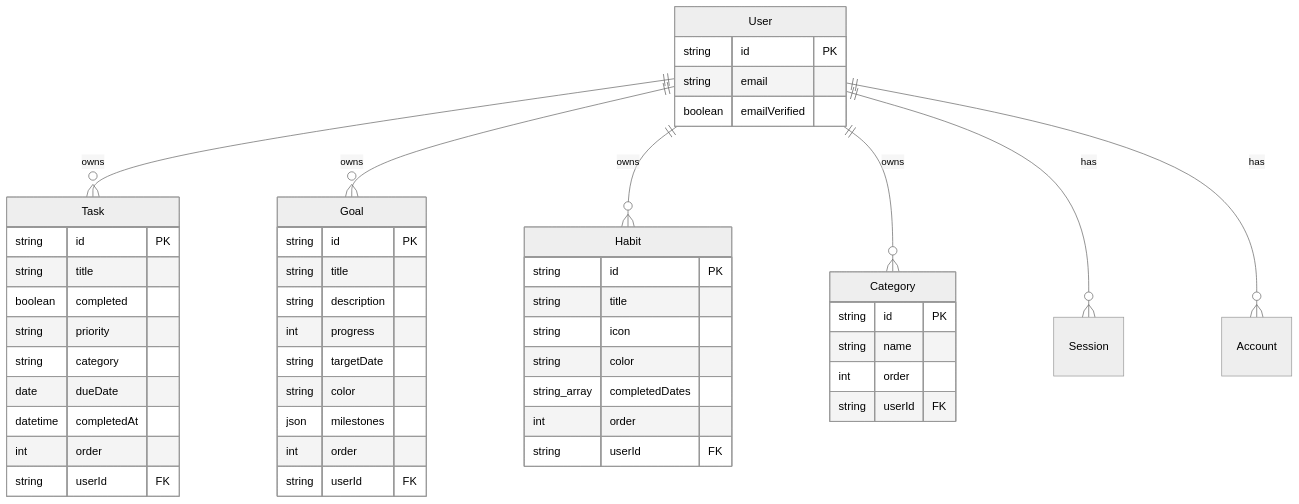
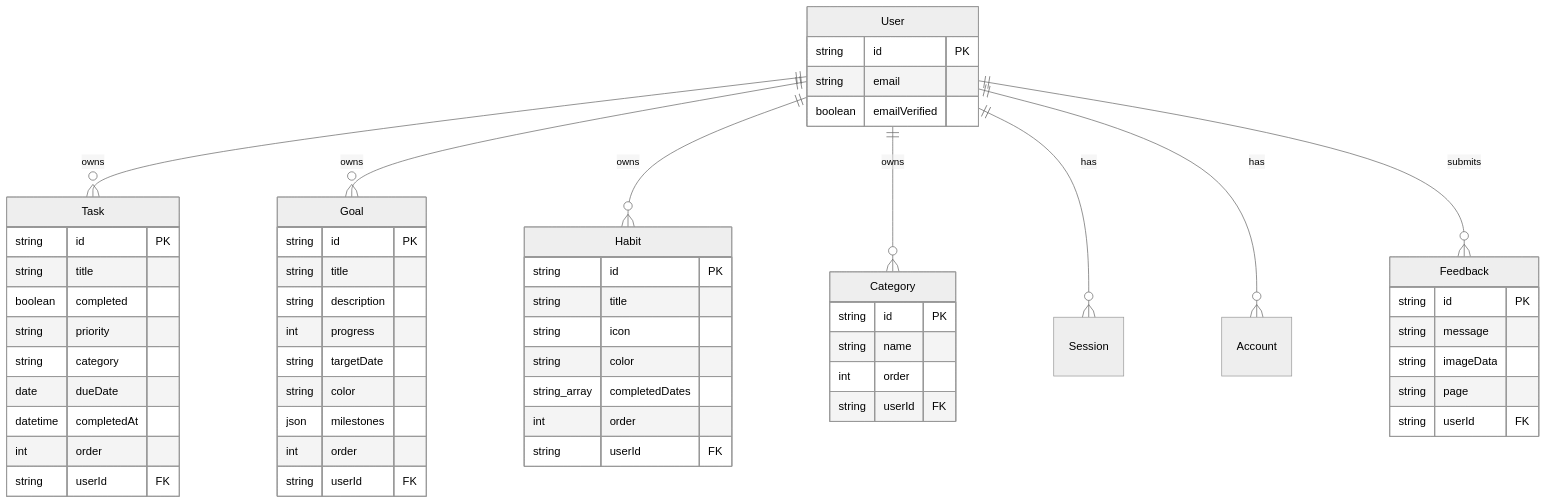
One commit to Elf1movv/TaskTrackerNew changed the diagram in docs/ARCHITECTURE.md. Above: the diagram before and after it, drawn with Mermaid (neutral theme). The commit also changed other lines of this file and 33 other files, not shown here.

````diff
--- a/docs/ARCHITECTURE.md
+++ b/docs/ARCHITECTURE.md
@@ -229,51 +229,59 @@
 ```mermaid
 erDiagram
     User ||--o{ Task : owns
     User ||--o{ Goal : owns
     User ||--o{ Habit : owns
     User ||--o{ Category : owns
     User ||--o{ Session : has
     User ||--o{ Account : has
+    User ||--o{ Feedback : submits
     Task {
         string id PK
         string title
         boolean completed
         string priority
         string category
         date dueDate
         datetime completedAt
         int order
         string userId FK
     }
     Goal {
         string id PK
         string title
         string description
         int progress
         string targetDate
         string color
         json milestones
         int order
         string userId FK
     }
     Habit {
         string id PK
         string title
         string icon
         string color
         string_array completedDates
         int order
         string userId FK
     }
     Category {
         string id PK
         string name
         int order
         string userId FK
     }
     User {
         string id PK
         string email
         boolean emailVerified
     }
+    Feedback {
+        string id PK
+        string message
+        string imageData
+        string page
+        string userId FK
+    }
 ```
````
